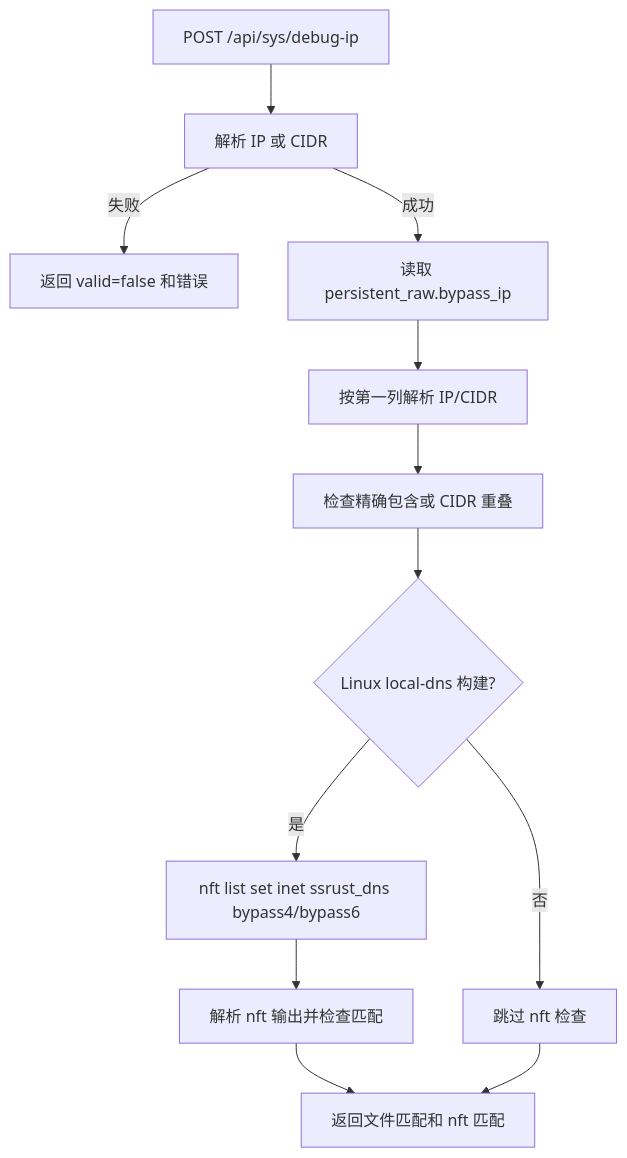
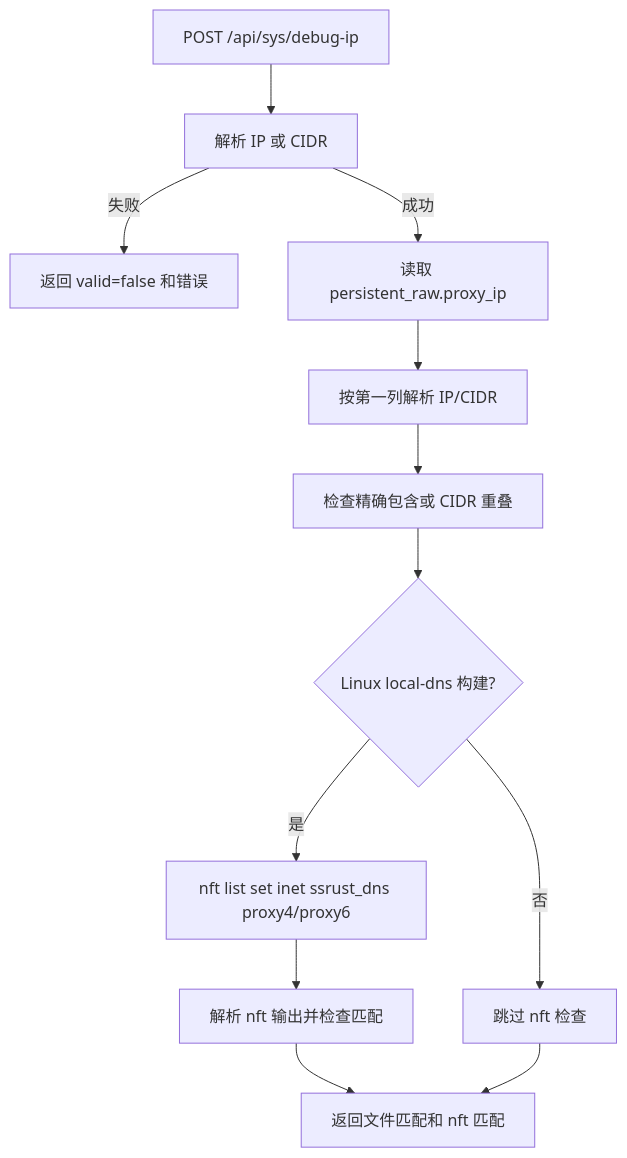
The ninth of 14 diagrams in routing.md (xiedeacc/shadowsocks-rust), drawn with Mermaid before and after one commit. The commit also changed other lines of this file and 3 other files, not shown here.

````diff
--- a/routing.md
+++ b/routing.md
@@ -771,14 +719,14 @@
 ```mermaid
 flowchart TD
     A[POST /api/sys/debug-ip] --> B[解析 IP 或 CIDR]
     B -- 失败 --> C[返回 valid=false 和错误]
-    B -- 成功 --> D[读取 persistent_raw.bypass_ip]
+    B -- 成功 --> D[读取 persistent_raw.proxy_ip]
     D --> E[按第一列解析 IP/CIDR]
     E --> F[检查精确包含或 CIDR 重叠]
     F --> G{Linux local-dns 构建?}
-    G -- 是 --> H[nft list set inet ssrust_dns bypass4/bypass6]
+    G -- 是 --> H[nft list set inet ssrust_dns proxy4/proxy6]
     H --> I[解析 nft 输出并检查匹配]
     G -- 否 --> J[跳过 nft 检查]
     I --> K[返回文件匹配和 nft 匹配]
     J --> K
 ```
````
